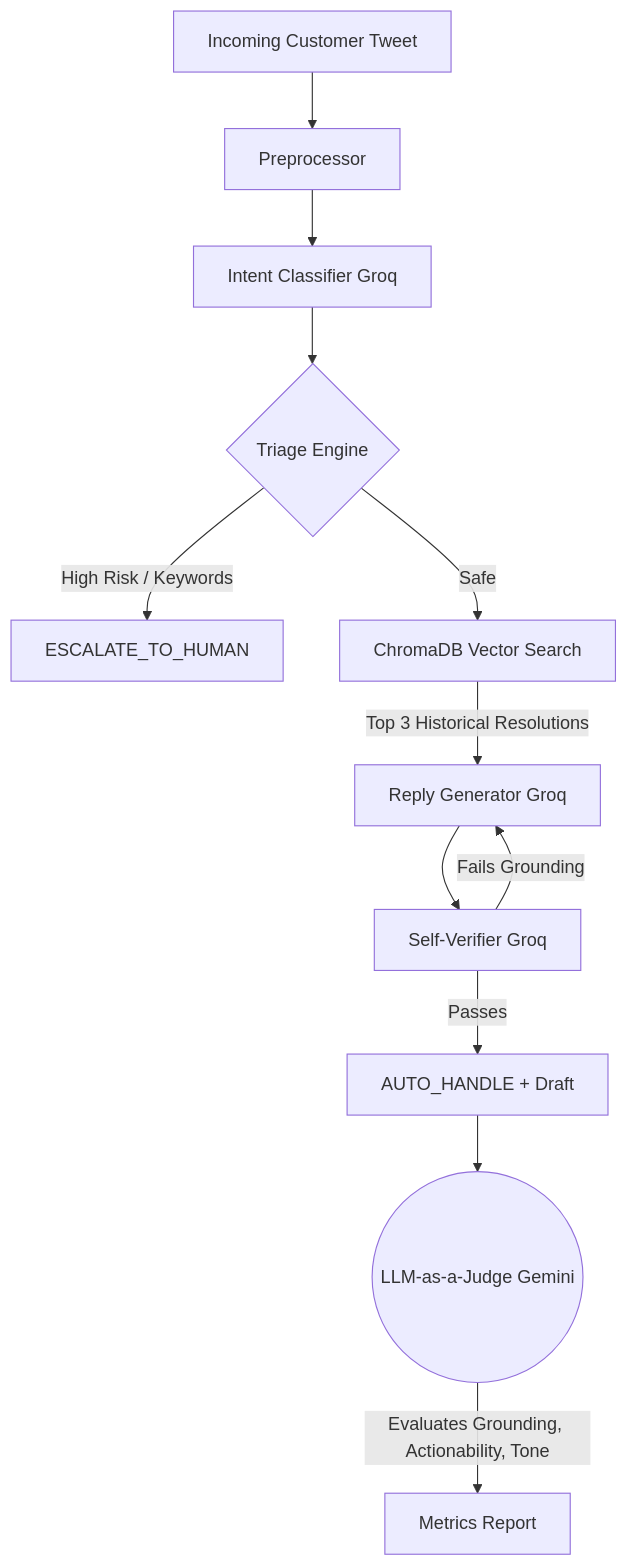
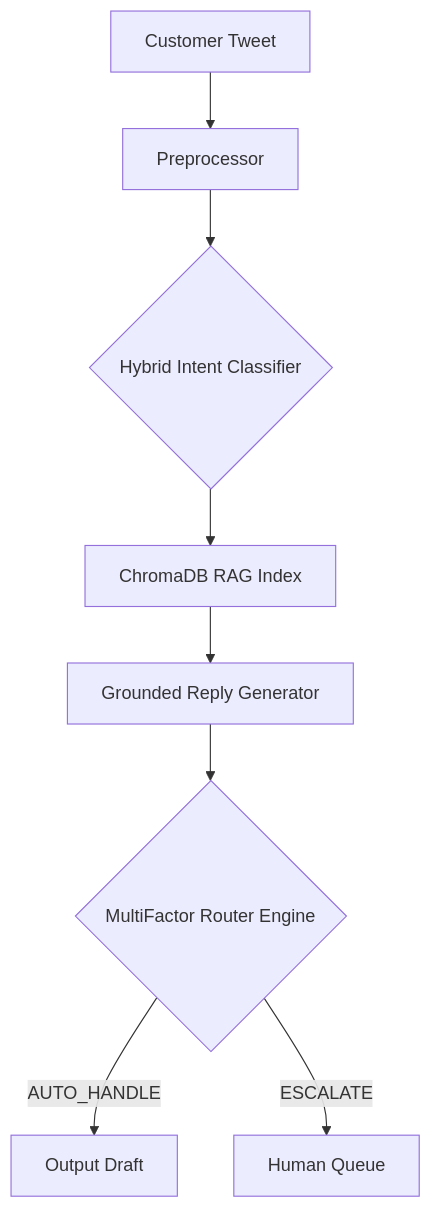
The diagram in README.md (Justinvcj/TripWire), drawn with Mermaid before and after one commit. The commit also changed other lines of this file and 1 other file, not shown here.

````diff
--- a/README.md
+++ b/README.md
@@ -12,18 +37,10 @@
 ```mermaid
-graph TD
-    A[Incoming Customer Tweet] --> B[Preprocessor]
-    B --> C[Intent Classifier Groq]
-    C --> D{Triage Engine}
-    
-    D -- "High Risk / Keywords" --> E[ESCALATE_TO_HUMAN]
-    D -- "Safe" --> F[ChromaDB Vector Search]
-    
-    F -- "Top 3 Historical Resolutions" --> G[Reply Generator Groq]
-    G --> H[Self-Verifier Groq]
-    
-    H -- "Fails Grounding" --> G
-    H -- "Passes" --> I[AUTO_HANDLE + Draft]
-    
-    I --> J((LLM-as-a-Judge Gemini))
-    J -- "Evaluates Grounding, Actionability, Tone" --> K[Metrics Report]
+flowchart TD
+    A[Customer Tweet] --> B[Preprocessor]
+    B --> C{Hybrid Intent Classifier}
+    C --> D[ChromaDB RAG Index]
+    D --> E[Grounded Reply Generator]
+    E --> F{MultiFactor Router Engine}
+    F -->|AUTO_HANDLE| G[Output Draft]
+    F -->|ESCALATE| H[Human Queue]
 ```
````
